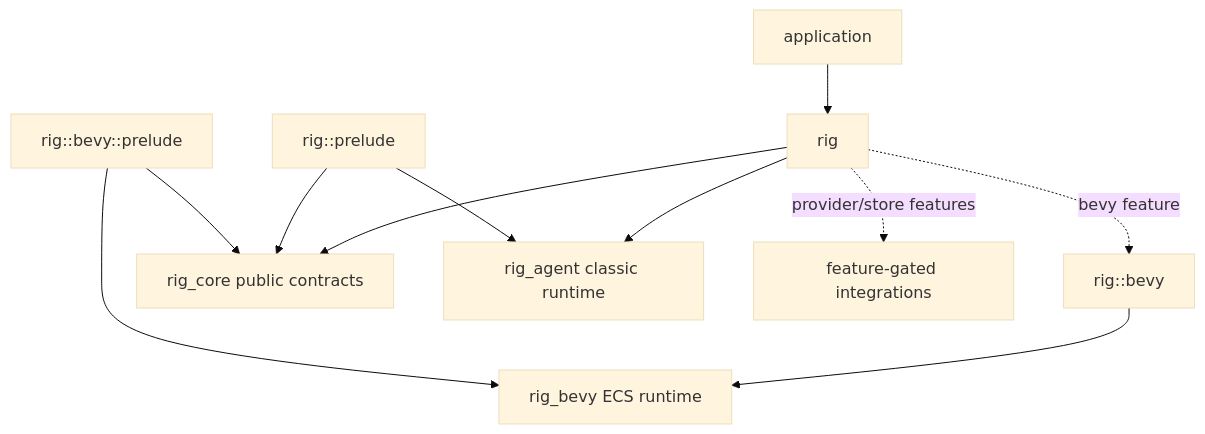
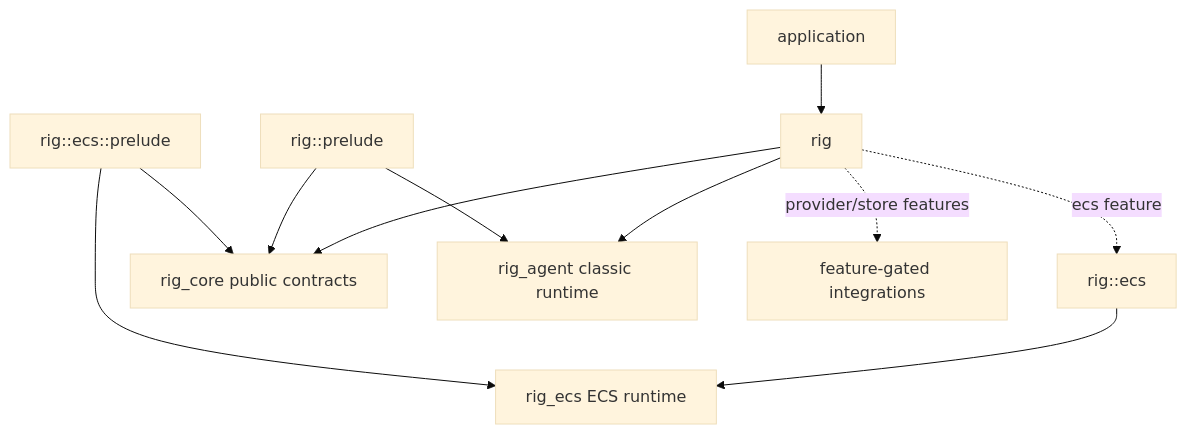
Before and after one commit to 0xPlaygrounds/rig: the sixth of 7 diagrams in docs/architecture/rig-runtime-split/README.md, drawn with Mermaid (base theme). The commit also changed other lines of this file and 335 other files, not shown here.

First line of the commit message:
refactor: rename rig-bevy to rig-ecs and keep CompletionClient construction

````diff
--- a/docs/architecture/rig-runtime-split/README.md
+++ b/docs/architecture/rig-runtime-split/README.md
@@ -346,23 +346,23 @@
 ```mermaid
 flowchart TD
     user[application]
     facade[rig]
     default_prelude[rig::prelude]
-    bevy_ns[rig::bevy]
-    bevy_prelude[rig::bevy::prelude]
+    ecs_ns[rig::ecs]
+    ecs_prelude[rig::ecs::prelude]
     core[rig_core public contracts]
     agent[rig_agent classic runtime]
-    bevy[rig_bevy ECS runtime]
+    ecs[rig_ecs ECS runtime]
     integrations[feature-gated integrations]
 
     user --> facade
     facade --> core
     facade --> agent
-    facade -. bevy feature .-> bevy_ns
+    facade -. ecs feature .-> ecs_ns
     facade -. provider/store features .-> integrations
     default_prelude --> core
     default_prelude --> agent
-    bevy_ns --> bevy
-    bevy_prelude --> core
-    bevy_prelude --> bevy
+    ecs_ns --> ecs
+    ecs_prelude --> core
+    ecs_prelude --> ecs
 ```
````
